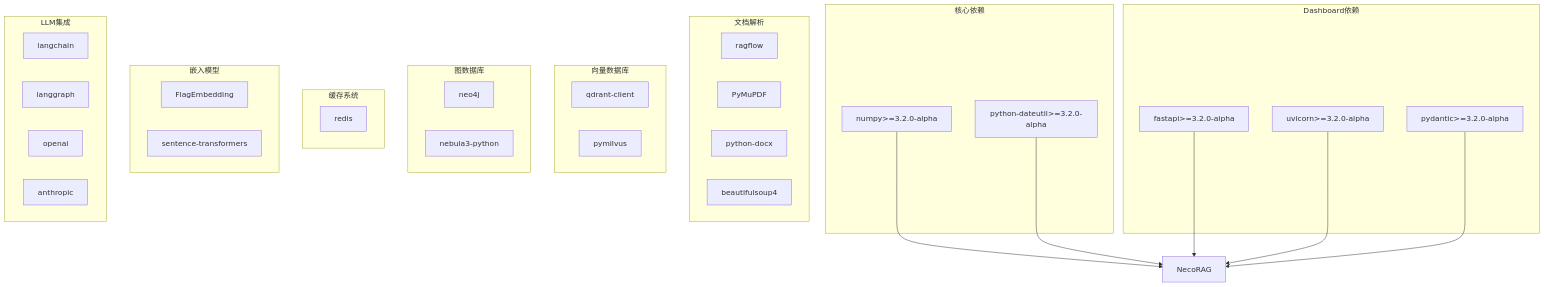
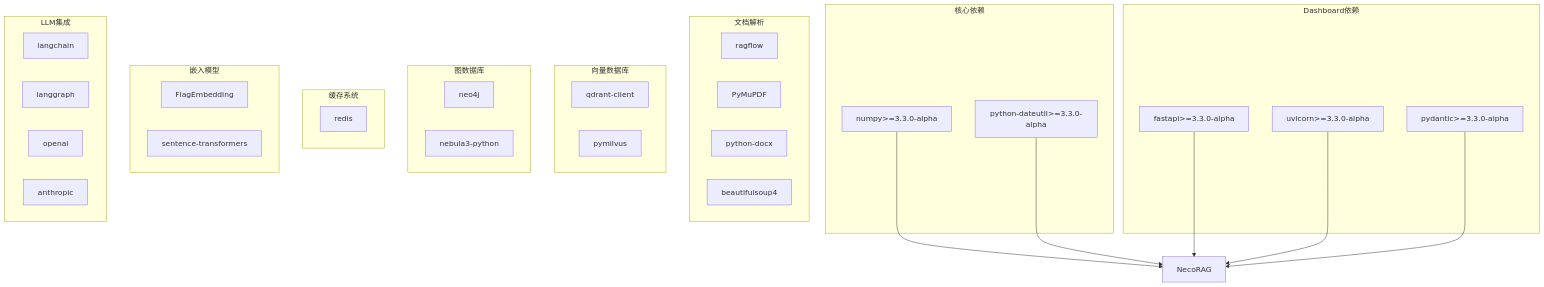
Before and after one commit to JieGaoPrinceton/NecoRAG: the eighth of 8 diagrams in wiki/wiki/项目概述/快速开始指南.md, drawn with Mermaid. The commit also changed other lines of this file and 95 other files, not shown here.

````diff
--- a/wiki/wiki/项目概述/快速开始指南.md
+++ b/wiki/wiki/项目概述/快速开始指南.md
@@ -435,44 +435,44 @@
 ```mermaid
 graph TB
 subgraph "核心依赖"
-A[numpy>=3.2.0-alpha]
-B[python-dateutil>=3.2.0-alpha]
+A[numpy>=3.3.0-alpha]
+B[python-dateutil>=3.3.0-alpha]
 end
 subgraph "Dashboard依赖"
-C[fastapi>=3.2.0-alpha]
-D[uvicorn>=3.2.0-alpha]
-E[pydantic>=3.2.0-alpha]
+C[fastapi>=3.3.0-alpha]
+D[uvicorn>=3.3.0-alpha]
+E[pydantic>=3.3.0-alpha]
 end
 subgraph "文档解析"
 F[ragflow]
 G[PyMuPDF]
 H[python-docx]
 I[beautifulsoup4]
 end
 subgraph "向量数据库"
 J[qdrant-client]
 K[pymilvus]
 end
 subgraph "图数据库"
 L[neo4j]
 M[nebula3-python]
 end
 subgraph "缓存系统"
 N[redis]
 end
 subgraph "嵌入模型"
 O[FlagEmbedding]
 P[sentence-transformers]
 end
 subgraph "LLM集成"
 Q[langchain]
 R[langgraph]
 S[openai]
 T[anthropic]
 end
 A --> U[NecoRAG]
 B --> U
 C --> U
 D --> U
 E --> U
 ```
````
